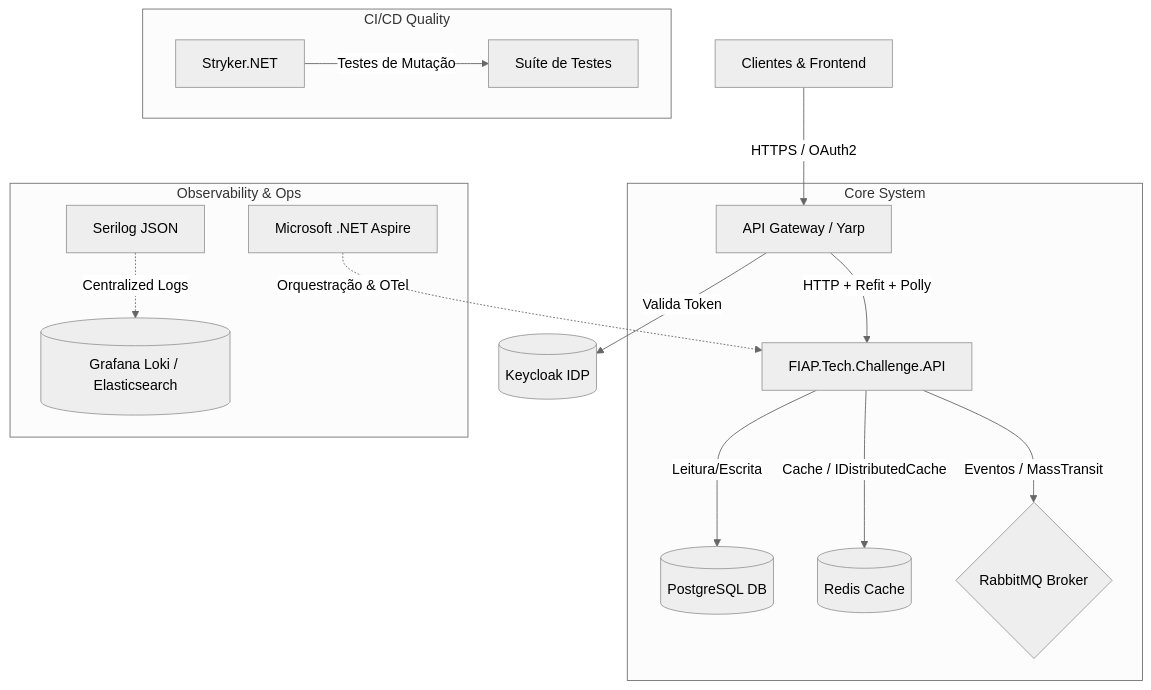
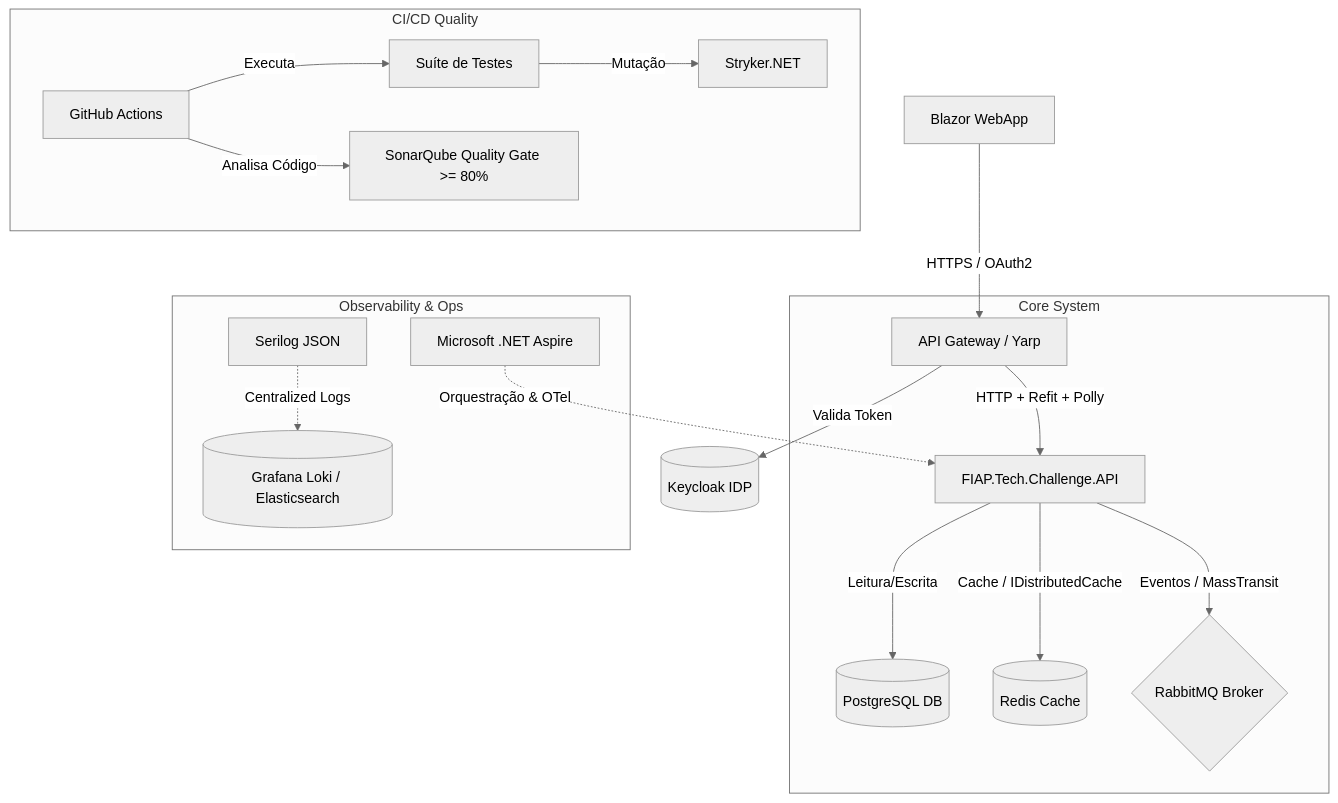
Before and after one commit to dvdalves/FIAP.Tech.Challenge: the diagram in docs/Fase 1/evolucao_arquitetural.md, drawn with Mermaid (neutral theme). The commit also changed other lines of this file, not shown here.

````diff
--- a/docs/Fase 1/evolucao_arquitetural.md
+++ b/docs/Fase 1/evolucao_arquitetural.md
@@ -11,21 +11,23 @@
 ```mermaid
 graph TD
-    Client[Clientes & Frontend] -->|HTTPS / OAuth2| APIGateway[API Gateway / Yarp]
+    Blazor[Blazor WebApp] -->|HTTPS / OAuth2| APIGateway[API Gateway / Yarp]
     APIGateway -->|Valida Token| Keycloak[(Keycloak IDP)]
-    
+
     subgraph Core System
         APIGateway -->|HTTP + Refit + Polly| API[FIAP.Tech.Challenge.API]
         API -->|Leitura/Escrita| Postgres[(PostgreSQL DB)]
         API -->|Cache / IDistributedCache| Redis[(Redis Cache)]
         API -->|Eventos / MassTransit| RabbitMQ{RabbitMQ Broker}
     end
 
     subgraph Observability & Ops
         Aspire[Microsoft .NET Aspire] -.->|Orquestração & OTel| API
         Serilog[Serilog JSON] -.->|Centralized Logs| Loki[(Grafana Loki / Elasticsearch)]
     end
 
     subgraph CI/CD Quality
-        Stryker[Stryker.NET] -->|Testes de Mutação| UT[Suíte de Testes]
+        GA[GitHub Actions] -->|Executa| UT[Suíte de Testes]
+        UT -->|Mutação| Stryker[Stryker.NET]
+        GA -->|Analisa Código| Sonar[SonarQube Quality Gate >= 80%]
     end
 ```
````
